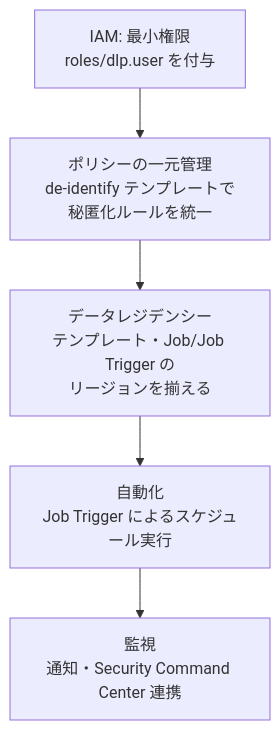
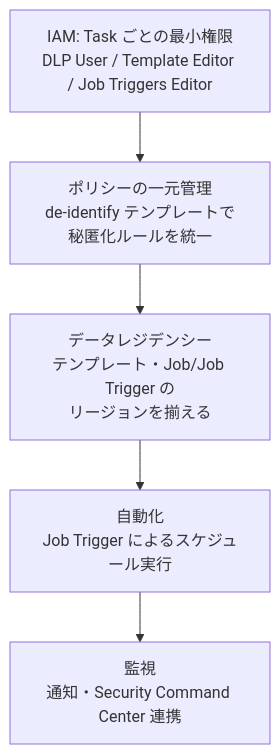
The sixth of 6 diagrams in Dlp-challenge-lab-guide.md (myoshi2891/Cloud-Infrastructure-Studies), drawn with Mermaid before and after one commit. The commit also changed other lines of this file, not shown here.

Commit message:
docs(dlp): separate task-specific IAM roles

````diff
--- a/Dlp-challenge-lab-guide.md
+++ b/Dlp-challenge-lab-guide.md
@@ -402,7 +407,7 @@
 ```mermaid
 flowchart TD
-    IAM["IAM: 最小権限\nroles/dlp.user を付与"] --> POLICY["ポリシーの一元管理\nde-identify テンプレートで秘匿化ルールを統一"]
+    IAM["IAM: Task ごとの最小権限\nDLP User / Template Editor / Job Triggers Editor"] --> POLICY["ポリシーの一元管理\nde-identify テンプレートで秘匿化ルールを統一"]
     POLICY --> REGION["データレジデンシー\nテンプレート・Job/Job Trigger の\nリージョンを揃える"]
     REGION --> AUTOMATION["自動化\nJob Trigger によるスケジュール実行"]
     AUTOMATION --> MONITOR["監視\n通知・Security Command Center 連携"]
 ```
````
